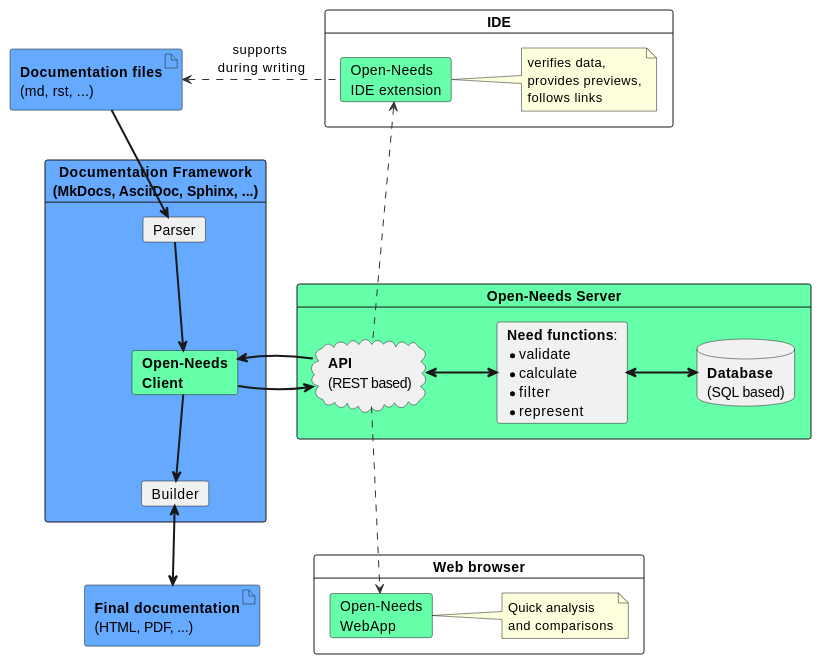
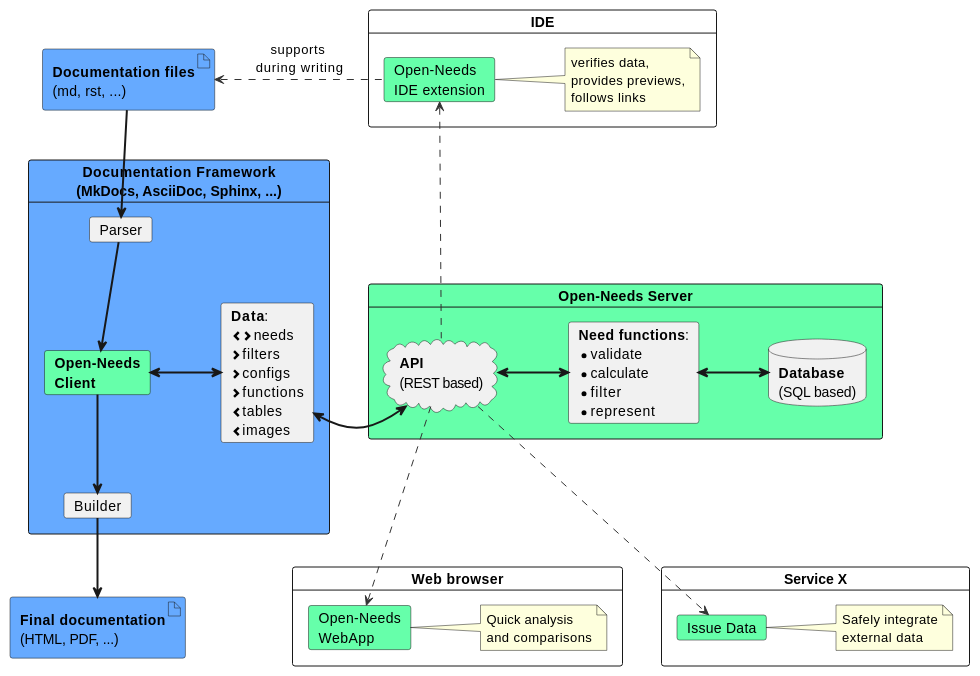
One commit to open-needs/open-needs.github.io changed the second of 5 diagrams in docs/index.rst. Above: the diagram before and after it, drawn with PlantUML. The commit also changed other lines of this file and 3 other files, not shown here.

Commit message:
Plantuml model updates

```diff
--- a/docs/index.rst
+++ b/docs/index.rst
@@ -108,51 +109,57 @@
     .. uml::
        :align: center
 
         @startuml
         skinparam nodesep 70
         skinparam ranksep 50
 
             card IDE as ide {
                 card "Open-Needs\nIDE extension" as ext #6fa
                 note right: verifies data,\nprovides previews,\nfollows links
             }
 
             artifact "**Documentation files**\n(md, rst, ...)" as docs #6af
             card "**Documentation Framework**\n(MkDocs, AsciiDoc, Sphinx, ...)" as df #6af {
                 card "Parser" as parser
                 card "**Open-Needs**\n**Client**" as client #6fa
                 card "Builder" as builder
+                card "**Data**:\n<&chevron-left><&chevron-right>needs\n<&chevron-right>filters\n<&chevron-right>configs\n<&chevron-right>functions\n<&chevron-left>tables\n<&chevron-left>images" as data
             }
 
             card "**Open-Needs Server**" as on #6fa {
                 cloud "**API**\n(REST based)" as rest
                 card "**Need functions**:\n*validate\n*calculate\n*filter\n*represent" as func
                 database "**Database**\n(SQL based)" as db
 
                 rest <=> func
                 func <=> db
             }
 
             artifact "**Final documentation**\n(HTML, PDF, ...)" as final #6af
 
             card "Web browser" {
                 card "Open-Needs\nWebApp" as webapp #6fa
                 note right: Quick analysis\nand comparisons
             }
 
+            card "Service X" as service {
+                card "Issue Data" as issue #6fa
+                note right: Safely integrate\nexternal data
+            }
+
             ext .[#333]l.> docs: supports \nduring writing
             docs ==> parser
             parser ==> client
-            client => rest
+            client <=> data
+            data <=> rest
 
-            rest => client
             client ==> builder
-
-            builder <==> final
+            builder ==> final
 
             rest .[#333]u..> ext
 
             rest .[#333]d..> webapp
+            rest .[#333]d..> issue
 
 
         @enduml
```
